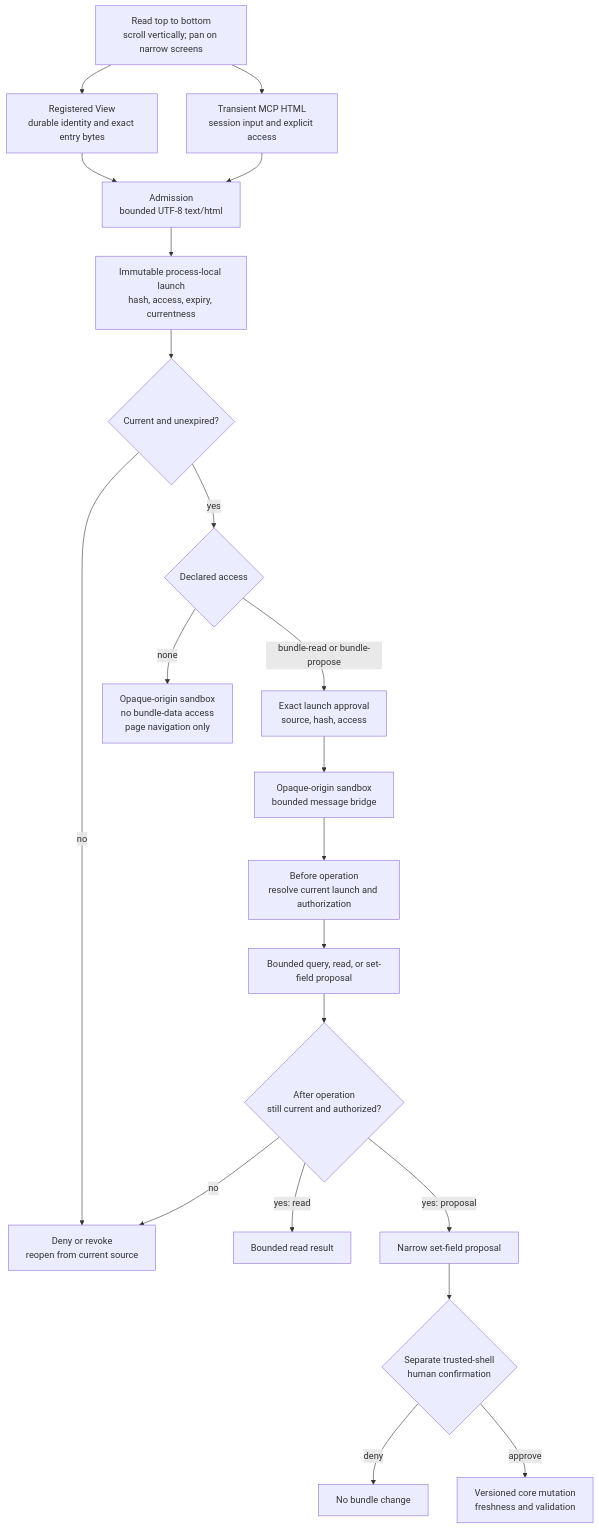
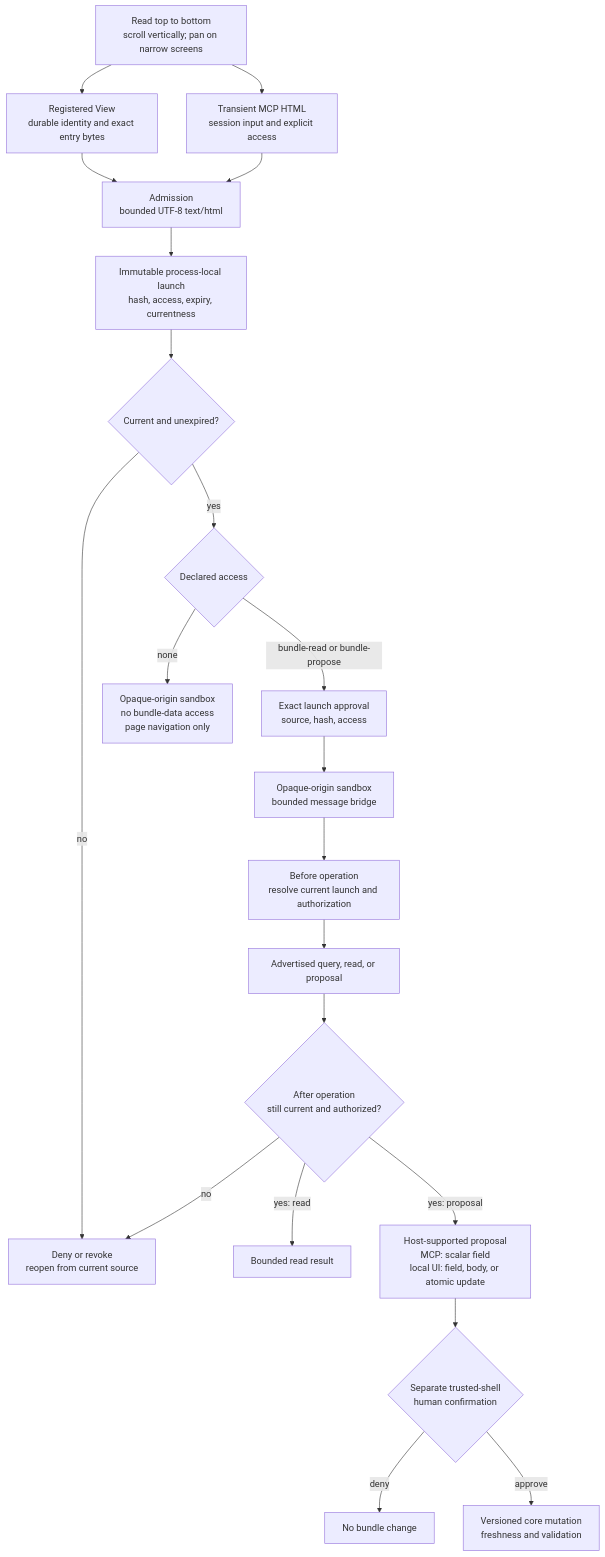
Before and after one commit to Holaxis-ai/superbee-docs: the diagram in .superbee/visuals/sources/view-lifecycle-and-trust.mmd, drawn with Mermaid. The commit also changed 68 other files, not shown here.

```diff
--- a/.superbee/visuals/sources/view-lifecycle-and-trust.mmd
+++ b/.superbee/visuals/sources/view-lifecycle-and-trust.mmd
@@ -1,34 +1,34 @@
 flowchart TD
   accTitle: Superbee View lifecycle and trust
   accDescr {
     Registered View bytes and transient MCP HTML enter the same bounded admission and immutable
     process-local launch pipeline. A current launch either runs without bundle access or requires
     exact-source approval for bounded reads and proposals. Proposals still require a separate human
     confirmation before the core mutation transaction. Expired, replaced, or unauthorized launches
     fail closed and must be reopened.
   }
 
   guide["Read top to bottom<br/>scroll vertically; pan on narrow screens"] --> registered
   guide --> transient
   registered["Registered View<br/>durable identity and exact entry bytes"] --> admit
   transient["Transient MCP HTML<br/>session input and explicit access"] --> admit
 
   admit["Admission<br/>bounded UTF-8 text/html"] --> launch["Immutable process-local launch<br/>hash, access, expiry, currentness"]
   launch --> current{"Current and unexpired?"}
   current -->|"no"| revoked["Deny or revoke<br/>reopen from current source"]
   current -->|"yes"| access{"Declared access"}
 
   access -->|"none"| isolated["Opaque-origin sandbox<br/>no bundle-data access<br/>page navigation only"]
   access -->|"bundle-read or bundle-propose"| approval["Exact launch approval<br/>source, hash, access"]
   approval --> bridged["Opaque-origin sandbox<br/>bounded message bridge"]
 
   bridged --> before["Before operation<br/>resolve current launch and authorization"]
-  before --> operation["Bounded query, read, or set-field proposal"]
+  before --> operation["Advertised query, read, or proposal"]
   operation --> after{"After operation<br/>still current and authorized?"}
   after -->|"no"| revoked
   after -->|"yes: read"| result["Bounded read result"]
-  after -->|"yes: proposal"| proposal["Narrow set-field proposal"]
+  after -->|"yes: proposal"| proposal["Host-supported proposal<br/>MCP: scalar field<br/>local UI: field, body, or atomic update"]
 
   proposal --> confirm{"Separate trusted-shell<br/>human confirmation"}
   confirm -->|"deny"| unchanged["No bundle change"]
   confirm -->|"approve"| mutate["Versioned core mutation<br/>freshness and validation"]
```
